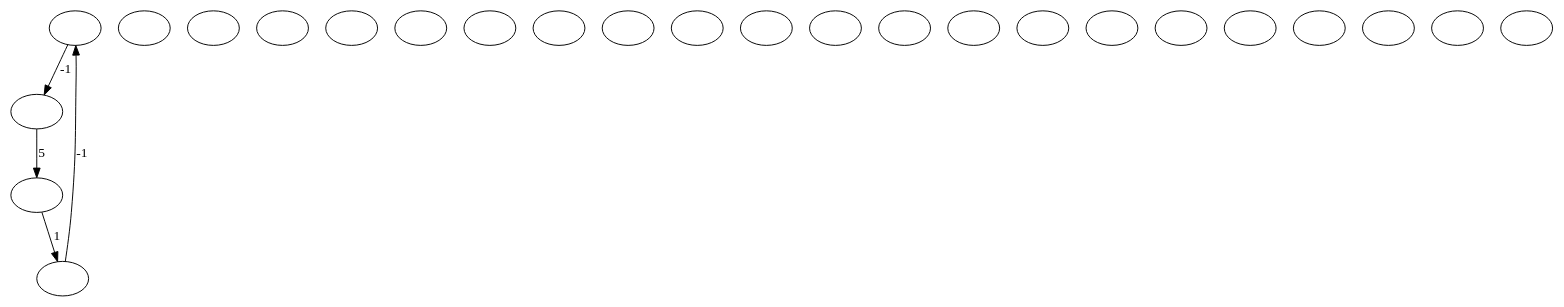
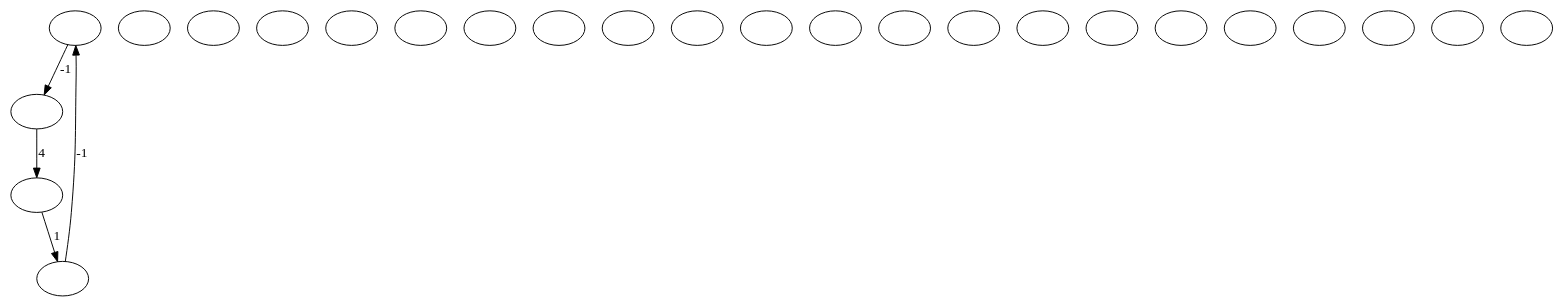
One commit to VishnuTeja27/BTP-BranchChange changed the diagram in cycle.dot. Above: the diagram before and after it, drawn with Graphviz. The commit also changed 10 other files, not shown here.

```diff
--- a/cycle.dot
+++ b/cycle.dot
@@ -1,31 +1,31 @@
 digraph G {
 0[label=""];
 1[label=""];
 2[label=""];
 3[label=""];
 4[label=""];
 5[label=""];
 6[label=""];
 7[label=""];
 8[label=""];
 9[label=""];
 10[label=""];
 11[label=""];
 12[label=""];
 13[label=""];
 14[label=""];
 15[label=""];
 16[label=""];
 17[label=""];
 18[label=""];
 19[label=""];
 20[label=""];
 21[label=""];
 22[label=""];
 23[label=""];
 24[label=""];
 24->2 [label=1];
-4->24 [label=5];
+4->24 [label=4];
 0->4 [label=-1];
 2->0 [label=-1];
 }
```
